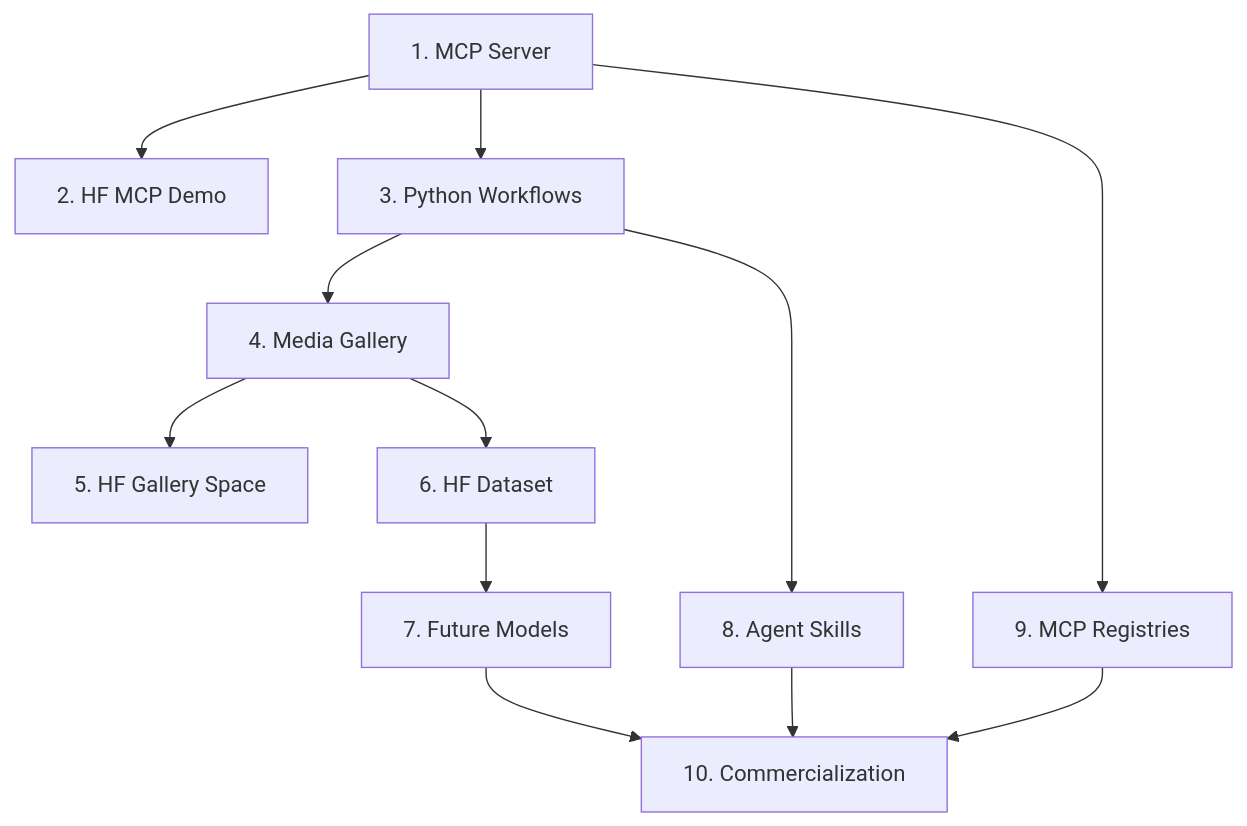
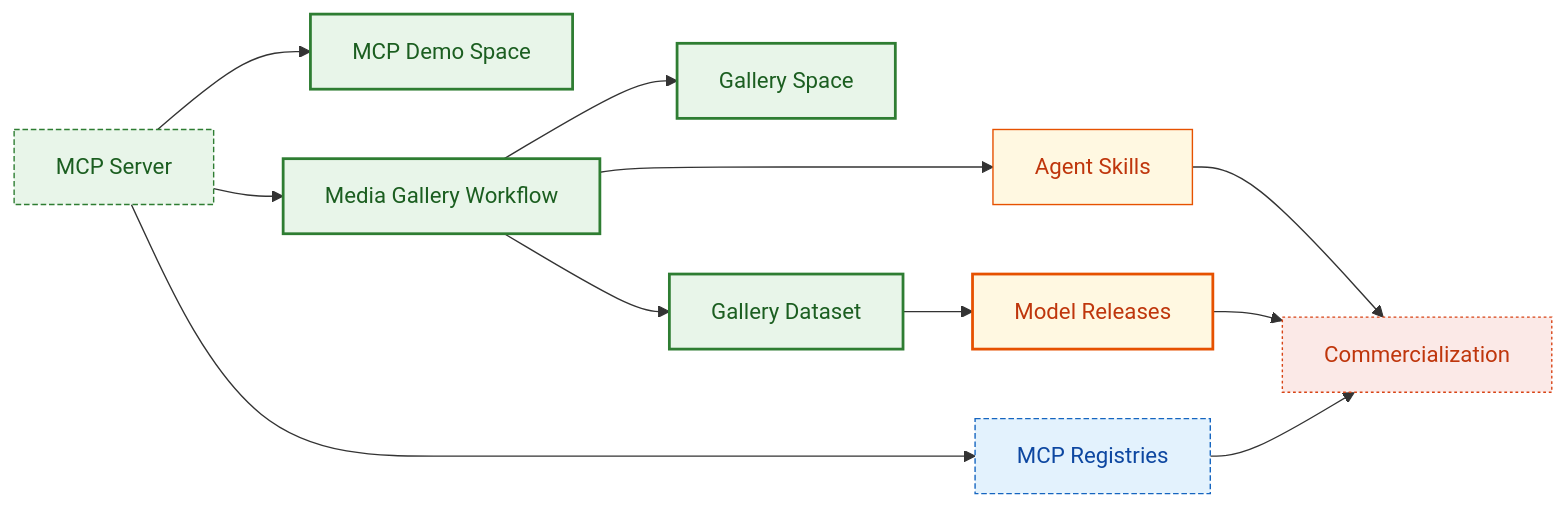
The diagram in ROADMAP.md (MCP4RemoteSensing/mcp4rs), drawn with Mermaid before and after one commit. The commit also changed other lines of this file and 2 other files, not shown here.

Commit message:
Polish README roadmap visuals and status structure

````diff
--- a/ROADMAP.md
+++ b/ROADMAP.md
@@ -19,14 +45,37 @@
 ```mermaid
-flowchart TD
-    S1["1. MCP Server"] --> S2["2. HF MCP Demo"]
-    S1 --> S3["3. Python Workflows"]
-    S3 --> S4["4. Media Gallery"]
-    S4 --> S5["5. HF Gallery Space"]
-    S4 --> S6["6. HF Dataset"]
-    S6 --> S7["7. Future Models"]
-    S3 --> S8["8. Agent Skills"]
-    S1 --> S9["9. MCP Registries"]
-    S7 --> S10["10. Commercialization"]
-    S8 --> S10
-    S9 --> S10
+flowchart LR
+    classDef done fill:#E8F5E9,stroke:#2E7D32,stroke-width:1px,color:#1B5E20;
+    classDef progress fill:#E3F2FD,stroke:#1565C0,stroke-width:1px,color:#0D47A1;
+    classDef planned fill:#FFF8E1,stroke:#E65100,stroke-width:1px,color:#BF360C;
+    classDef explore fill:#FBE9E7,stroke:#D84315,stroke-width:1px,color:#BF360C;
+    classDef infra stroke-dasharray: 4 2;
+    classDef product stroke-width:2px;
+    classDef data stroke-width:2px;
+    classDef business stroke-dasharray: 2 2;
+
+    S1["MCP Server"]:::done
+    S2["MCP Demo Space"]:::done
+    S3["Media Gallery Workflow"]:::done
+    S4["Gallery Space"]:::done
+    S5["Gallery Dataset"]:::done
+    S6["Agent Skills"]:::planned
+    S7["Model Releases"]:::planned
+    S8["MCP Registries"]:::progress
+    S9["Commercialization"]:::explore
+
+    S1 --> S2
+    S1 --> S3
+    S3 --> S4
+    S3 --> S5
+    S5 --> S7
+    S3 --> S6
+    S1 --> S8
+    S6 --> S9
+    S7 --> S9
+    S8 --> S9
+
+    class S1,S8 infra;
+    class S2,S3,S4 product;
+    class S5,S7 data;
+    class S9 business;
 ```
````
